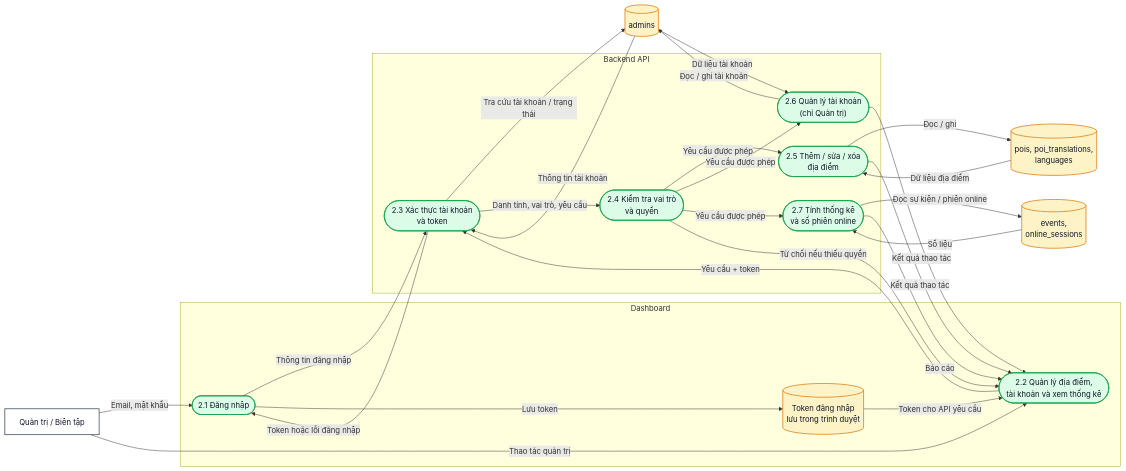
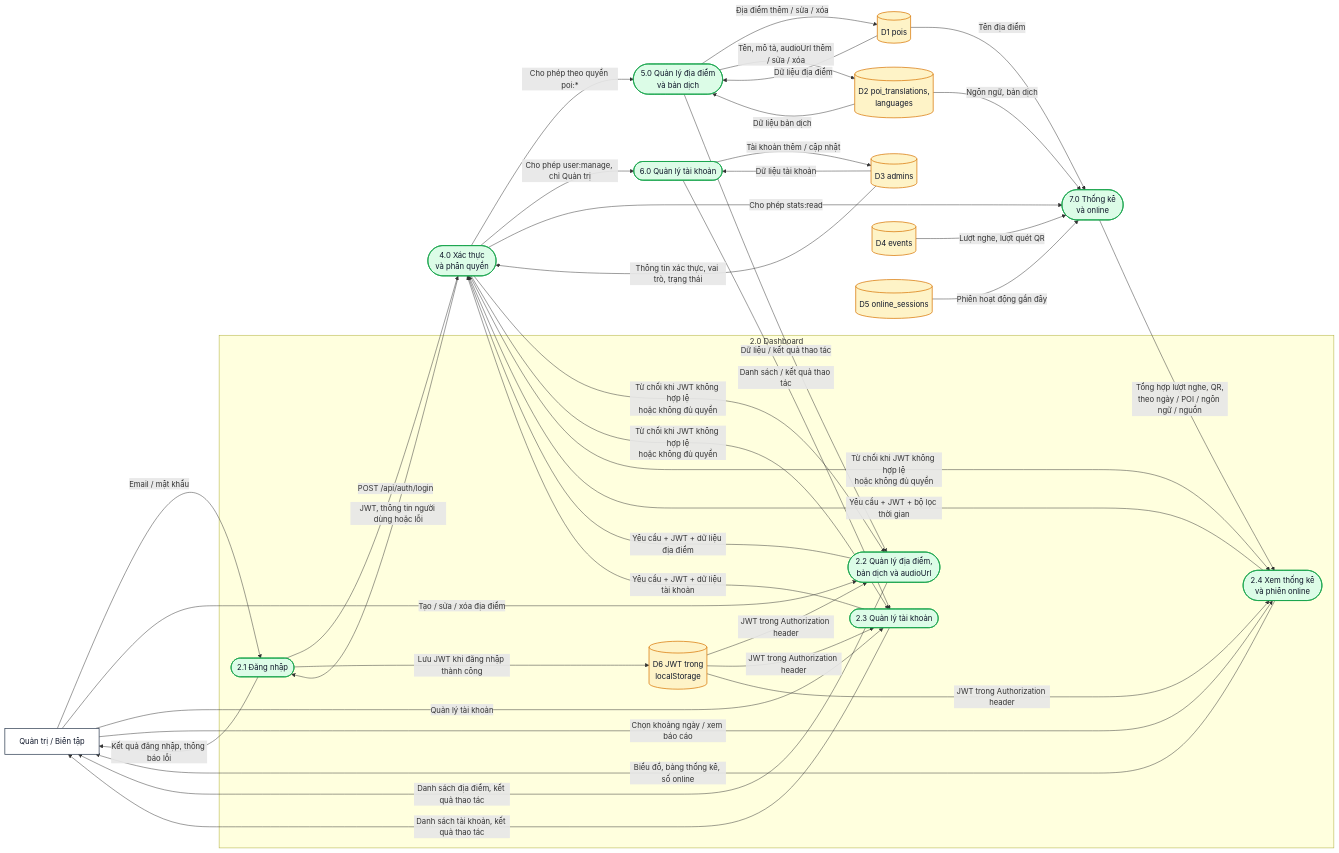
Before and after one commit to bjruly/SE_2026: the fourth of 4 diagrams in campus-guide-repos/docs/DFD.md, drawn with Mermaid. The commit also changed other lines of this file, not shown here.

````diff
--- a/campus-guide-repos/docs/DFD.md
+++ b/campus-guide-repos/docs/DFD.md
@@ -168,53 +209,75 @@
 ```mermaid
 flowchart LR
     Admin[Quản trị / Biên tập]
 
-    subgraph Dashboard["Dashboard"]
+    subgraph Dashboard["2.0 Dashboard"]
         Login(["2.1 Đăng nhập"])
-        Work(["2.2 Quản lý địa điểm,<br/>tài khoản và xem thống kê"])
-        Token[("Token đăng nhập<br/>lưu trong trình duyệt")]
+        PoiUI(["2.2 Quản lý địa điểm,<br/>bản dịch và audioUrl"])
+        UserUI(["2.3 Quản lý tài khoản"])
+        ReportUI(["2.4 Xem thống kê<br/>và phiên online"])
+        Token[("D6 JWT trong<br/>localStorage")]
     end
 
-    subgraph API["Backend API"]
-        Authenticate(["2.3 Xác thực tài khoản<br/>và token"])
-        Authorize(["2.4 Kiểm tra vai trò<br/>và quyền"])
-        PoiAdmin(["2.5 Thêm / sửa / xóa<br/>địa điểm"])
-        UserAdmin(["2.6 Quản lý tài khoản<br/>(chỉ Quản trị)"])
-        Stats(["2.7 Tính thống kê<br/>và số phiên online"])
-    end
+    Auth(["4.0 Xác thực<br/>và phân quyền"])
+    PoiAdmin(["5.0 Quản lý địa điểm<br/>và bản dịch"])
+    UserAdmin(["6.0 Quản lý tài khoản"])
+    Reports(["7.0 Thống kê<br/>và online"])
 
-    Accounts[("admins")]
-    Places[("pois, poi_translations,<br/>languages")]
-    Metrics[("events,<br/>online_sessions")]
+    DBAdmins[("D3 admins")]
+    DBPois[("D1 pois")]
+    DBTranslations[("D2 poi_translations,<br/>languages")]
+    DBEvents[("D4 events")]
+    DBSessions[("D5 online_sessions")]
 
-    Admin -->|Email, mật khẩu| Login
-    Login -->|Thông tin đăng nhập| Authenticate
-    Authenticate -->|Tra cứu tài khoản / trạng thái| Accounts
-    Accounts -->|Thông tin tài khoản| Authenticate
-    Authenticate -->|Token hoặc lỗi đăng nhập| Login
-    Login -->|Lưu token| Token
-    Token -->|Token cho API yêu cầu| Work
-    Admin -->|Thao tác quản trị| Work
-    Work -->|Yêu cầu + token| Authenticate
-    Authenticate -->|Danh tính, vai trò, yêu cầu| Authorize
-    Authorize -->|Yêu cầu được phép| PoiAdmin
-    Authorize -->|Yêu cầu được phép| UserAdmin
-    Authorize -->|Yêu cầu được phép| Stats
-    Authorize -->|Từ chối nếu thiếu quyền| Work
-    PoiAdmin -->|Đọc / ghi| Places
-    Places -->|Dữ liệu địa điểm| PoiAdmin
-    UserAdmin -->|Đọc / ghi tài khoản| Accounts
-    Accounts -->|Dữ liệu tài khoản| UserAdmin
-    Stats -->|Đọc sự kiện / phiên online| Metrics
-    Metrics -->|Số liệu| Stats
-    Stats -->|Báo cáo| Work
-    PoiAdmin -->|Kết quả thao tác| Work
-    UserAdmin -->|Kết quả thao tác| Work
+    Admin -->|Email / mật khẩu| Login
+    Login -->|Kết quả đăng nhập, thông báo lỗi| Admin
+    Login -->|POST /api/auth/login| Auth
+    DBAdmins -->|Thông tin xác thực, vai trò, trạng thái| Auth
+    Auth -->|JWT, thông tin người dùng hoặc lỗi| Login
+    Login -->|Lưu JWT khi đăng nhập thành công| Token
+
+    Admin -->|Tạo / sửa / xóa địa điểm| PoiUI
+    Admin -->|Quản lý tài khoản| UserUI
+    Admin -->|Chọn khoảng ngày / xem báo cáo| ReportUI
+    PoiUI -->|Danh sách địa điểm, kết quả thao tác| Admin
+    UserUI -->|Danh sách tài khoản, kết quả thao tác| Admin
+    ReportUI -->|Biểu đồ, bảng thống kê, số online| Admin
+
+    Token -->|JWT trong Authorization header| PoiUI
+    Token -->|JWT trong Authorization header| UserUI
+    Token -->|JWT trong Authorization header| ReportUI
+
+    PoiUI -->|Yêu cầu + JWT + dữ liệu địa điểm| Auth
+    UserUI -->|Yêu cầu + JWT + dữ liệu tài khoản| Auth
+    ReportUI -->|Yêu cầu + JWT + bộ lọc thời gian| Auth
+
+    Auth -->|Cho phép theo quyền poi:*| PoiAdmin
+    PoiAdmin -->|Địa điểm thêm / sửa / xóa| DBPois
+    PoiAdmin -->|Tên, mô tả, audioUrl thêm / sửa / xóa| DBTranslations
+    DBPois -->|Dữ liệu địa điểm| PoiAdmin
+    DBTranslations -->|Dữ liệu bản dịch| PoiAdmin
+    PoiAdmin -->|Dữ liệu / kết quả thao tác| PoiUI
+
+    Auth -->|Cho phép user:manage, chỉ Quản trị| UserAdmin
+    UserAdmin -->|Tài khoản thêm / cập nhật| DBAdmins
+    DBAdmins -->|Dữ liệu tài khoản| UserAdmin
+    UserAdmin -->|Danh sách / kết quả thao tác| UserUI
+
+    Auth -->|Cho phép stats:read| Reports
+    DBEvents -->|Lượt nghe, lượt quét QR| Reports
+    DBSessions -->|Phiên hoạt động gần đây| Reports
+    DBPois -->|Tên địa điểm| Reports
+    DBTranslations -->|Ngôn ngữ, bản dịch| Reports
+    Reports -->|Tổng hợp lượt nghe, QR,<br/>theo ngày / POI / ngôn ngữ / nguồn| ReportUI
+
+    Auth -->|Từ chối khi JWT không hợp lệ<br/>hoặc không đủ quyền| PoiUI
+    Auth -->|Từ chối khi JWT không hợp lệ<br/>hoặc không đủ quyền| UserUI
+    Auth -->|Từ chối khi JWT không hợp lệ<br/>hoặc không đủ quyền| ReportUI
 
     classDef external fill:#fff,stroke:#334155,stroke-width:1.5px,color:#0f172a
     classDef process fill:#dcfce7,stroke:#16a34a,stroke-width:1.5px,color:#0f172a
     classDef store fill:#fef3c7,stroke:#d97706,stroke-width:1.5px,color:#0f172a
     class Admin external
-    class Login,Work,Authenticate,Authorize,PoiAdmin,UserAdmin,Stats process
-    class Token,Accounts,Places,Metrics store
+    class Login,PoiUI,UserUI,ReportUI,Auth,PoiAdmin,UserAdmin,Reports process
+    class Token,DBAdmins,DBPois,DBTranslations,DBEvents,DBSessions store
 ```
````
